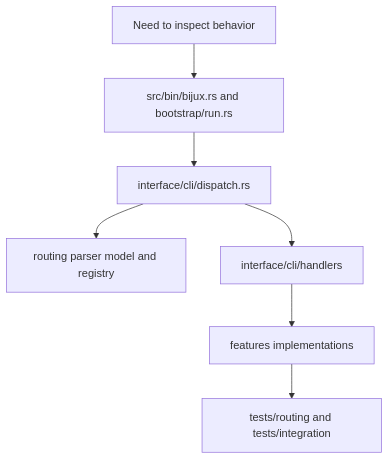
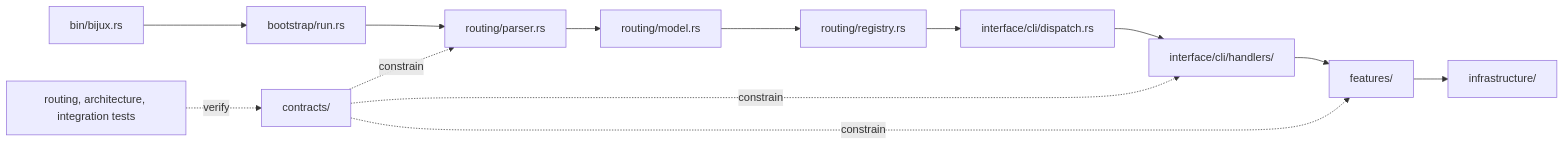
One commit to bijux/bijux-cli changed the diagram in docs/bijux-cli/architecture/code-navigation.md. Above: the diagram before and after it, drawn with Mermaid. The commit also changed other lines of this file and 1 other file, not shown here.

Commit message:
docs(cli): make command and source routes actionable

````diff
--- a/docs/bijux-cli/architecture/code-navigation.md
+++ b/docs/bijux-cli/architecture/code-navigation.md
@@ -17,9 +20,16 @@
 ```mermaid
-flowchart TB
-    start["Need to inspect behavior"] --> entry["src/bin/bijux.rs and bootstrap/run.rs"]
-    entry --> dispatch["interface/cli/dispatch.rs"]
-    dispatch --> routes["routing parser model and registry"]
-    dispatch --> handlers["interface/cli/handlers"]
-    handlers --> features["features implementations"]
-    features --> tests["tests/routing and tests/integration"]
+flowchart LR
+    process["bin/bijux.rs"] --> bootstrap["bootstrap/run.rs"]
+    bootstrap --> parser["routing/parser.rs"]
+    parser --> model["routing/model.rs"]
+    model --> registry["routing/registry.rs"]
+    registry --> dispatch["interface/cli/dispatch.rs"]
+    dispatch --> handlers["interface/cli/handlers/"]
+    handlers --> features["features/"]
+    features --> infrastructure["infrastructure/"]
+
+    contracts["contracts/"] -. constrain .-> parser
+    contracts -. constrain .-> handlers
+    contracts -. constrain .-> features
+    tests["routing, architecture, integration tests"] -. verify .-> contracts
 ```
````
